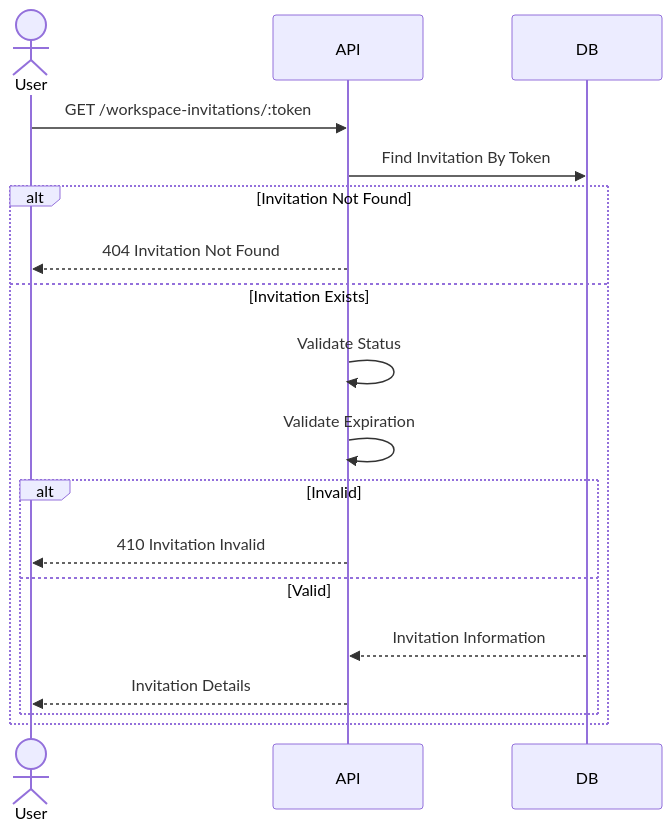
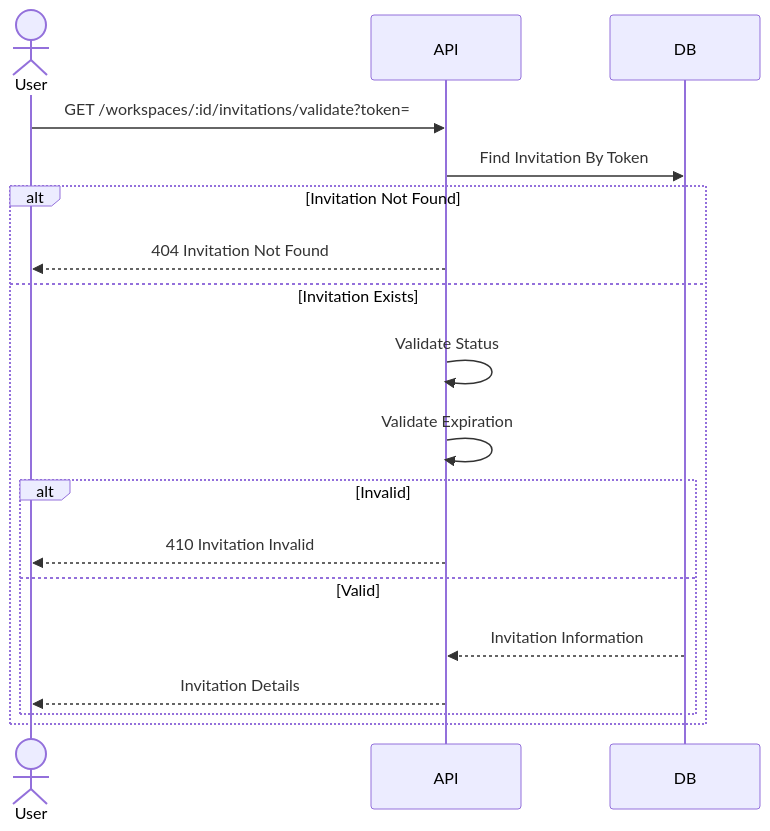
Before and after one commit to datnguyxn/LinkFlow: the seventh of 7 diagrams in docs/architecture/workspace-invitation/WorkspaceInvitation-Sequence.md, drawn with Mermaid. The commit also changed other lines of this file and 3 other files, not shown here.

Commit message:
docs: update architecture and API collections

````diff
--- a/docs/architecture/workspace-invitation/WorkspaceInvitation-Sequence.md
+++ b/docs/architecture/workspace-invitation/WorkspaceInvitation-Sequence.md
@@ -371,35 +490,35 @@
 ```mermaid
 sequenceDiagram
 
     actor User
     participant API
     participant DB
 
-    User->>API: GET /workspace-invitations/:token
+    User->>API: GET /workspaces/:id/invitations/validate?token=
 
     API->>DB: Find Invitation By Token
 
     alt Invitation Not Found
 
         API-->>User: 404 Invitation Not Found
 
     else Invitation Exists
 
         API->>API: Validate Status
 
         API->>API: Validate Expiration
 
         alt Invalid
 
             API-->>User: 410 Invitation Invalid
 
         else Valid
 
             DB-->>API: Invitation Information
 
             API-->>User: Invitation Details
 
         end
 
     end
 ```
````
